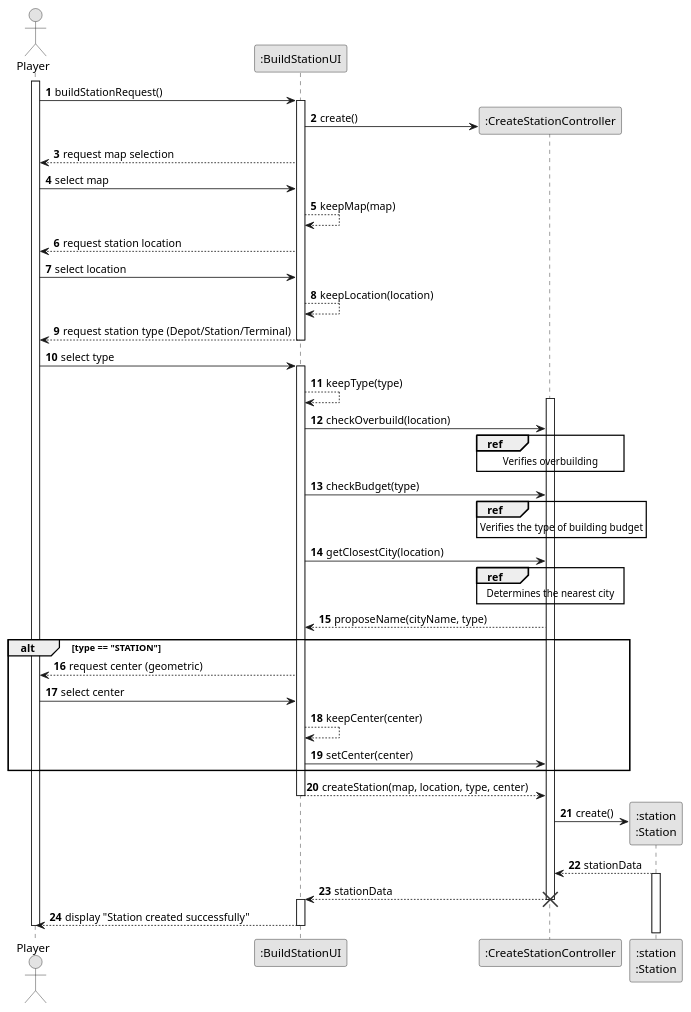
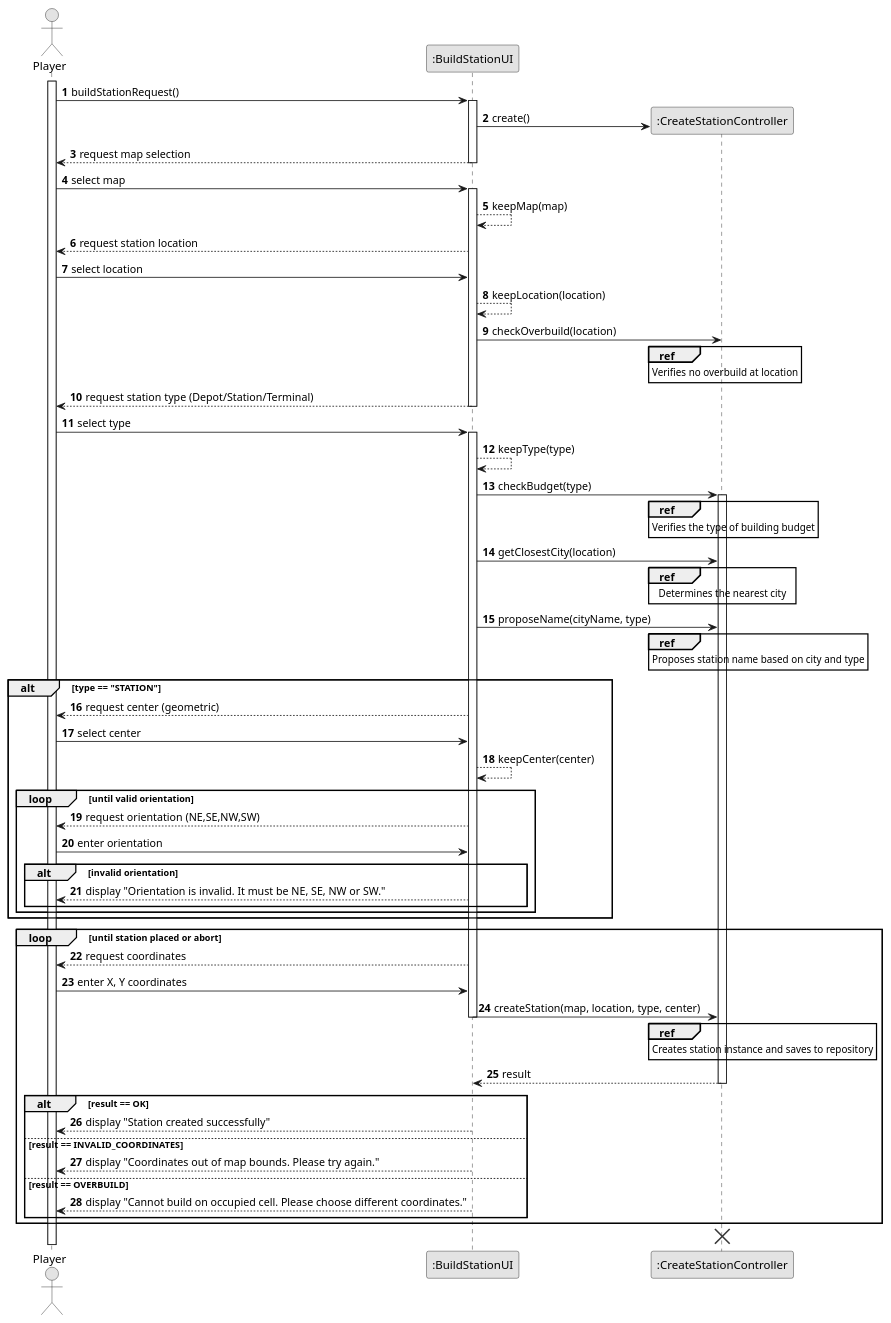
One commit to goncalolopesp/sem2-pi-24.25-g093-repo changed the diagram in docs/system-documentation/US005/03.design/puml/US005-SD-split.puml. Above: the diagram before and after it, drawn with PlantUML. The commit also changed 9 other files, not shown here.

```diff
--- a/docs/system-documentation/US005/03.design/puml/US005-SD-split.puml
+++ b/docs/system-documentation/US005/03.design/puml/US005-SD-split.puml
@@ -1,78 +1,94 @@
 @startuml US005-SD-split
 skinparam monochrome true
 skinparam packageStyle rectangle
 skinparam shadowing false
 
 autonumber
 
 actor "Player" as Player
-participant ":BuildStationUI"          as BuildStationUI
-
+participant ":BuildStationUI" as BuildStationUI
+participant ":CreateStationController" as CreateStationController
 
 activate Player
 
 Player -> BuildStationUI : buildStationRequest()
-create ":CreateStationController" as BuildStationController
+create CreateStationController
 activate BuildStationUI
-BuildStationUI -> BuildStationController : create()
+BuildStationUI -> CreateStationController: create()
 
 BuildStationUI --> Player : request map selection
-
+deactivate BuildStationUI
 Player -> BuildStationUI : select map
-
+activate BuildStationUI
 BuildStationUI --> BuildStationUI : keepMap(map)
 
 BuildStationUI --> Player : request station location
+Player -> BuildStationUI : select location
+BuildStationUI --> BuildStationUI : keepLocation(location)
 
-Player -> BuildStationUI : select location
-
-BuildStationUI --> BuildStationUI : keepLocation(location)
+BuildStationUI -> CreateStationController : checkOverbuild(location)
+ref over CreateStationController
+    Verifies no overbuild at location
+end ref
 
 BuildStationUI --> Player : request station type (Depot/Station/Terminal)
 deactivate BuildStationUI
-
 Player -> BuildStationUI : select type
 activate BuildStationUI
 BuildStationUI --> BuildStationUI : keepType(type)
 
-activate BuildStationController
-BuildStationUI -> BuildStationController : checkOverbuild(location)
-ref over BuildStationController
-    Verifies overbuilding
-end ref
-
-BuildStationUI -> BuildStationController : checkBudget(type)
-ref over BuildStationController
+BuildStationUI -> CreateStationController : checkBudget(type)
+activate CreateStationController
+ref over CreateStationController
     Verifies the type of building budget
 end ref
 
-BuildStationUI -> BuildStationController : getClosestCity(location)
-ref over BuildStationController
+BuildStationUI -> CreateStationController : getClosestCity(location)
+ref over CreateStationController
     Determines the nearest city
 end ref
-BuildStationController --> BuildStationUI : proposeName(cityName, type)
+
+BuildStationUI -> CreateStationController : proposeName(cityName, type)
+ref over CreateStationController
+    Proposes station name based on city and type
+end ref
 
 alt type == "STATION"
   BuildStationUI --> Player : request center (geometric)
   Player -> BuildStationUI : select center
   BuildStationUI --> BuildStationUI : keepCenter(center)
-  BuildStationUI -> BuildStationController : setCenter(center)
+
+  loop until valid orientation
+    BuildStationUI --> Player : request orientation (NE,SE,NW,SW)
+    Player -> BuildStationUI : enter orientation
+    alt invalid orientation
+      BuildStationUI --> Player : display "Orientation is invalid. It must be NE, SE, NW or SW."
+    end
+  end
 end
 
-activate BuildStationUI
-BuildStationUI --> BuildStationController : createStation(map, location, type, center)
+loop until station placed or abort
+  BuildStationUI --> Player : request coordinates
+  Player -> BuildStationUI : enter X, Y coordinates
+
+  BuildStationUI -> CreateStationController : createStation(map, location, type, center)
+  deactivate BuildStationUI
+  ref over CreateStationController
+    Creates station instance and saves to repository
+  end ref
+
+  CreateStationController --> BuildStationUI : result
+  deactivate CreateStationController
+
+  alt result == OK
+    BuildStationUI --> Player : display "Station created successfully"
+  else result == INVALID_COORDINATES
+    BuildStationUI --> Player : display "Coordinates out of map bounds. Please try again."
+  else result == OVERBUILD
+    BuildStationUI --> Player : display "Cannot build on occupied cell. Please choose different coordinates."
+  end
+end
+
+destroy CreateStationController
 deactivate BuildStationUI
-
-create ":station\n:Station" as Station
-
-BuildStationController -> Station: create()
-Station --> BuildStationController : stationData
-activate Station
-BuildStationController --> BuildStationUI : stationData
-
-destroy BuildStationController
-activate BuildStationUI
-BuildStationUI --> Player : display "Station created successfully"
-deactivate BuildStationUI
-deactivate Player
 @enduml
```
